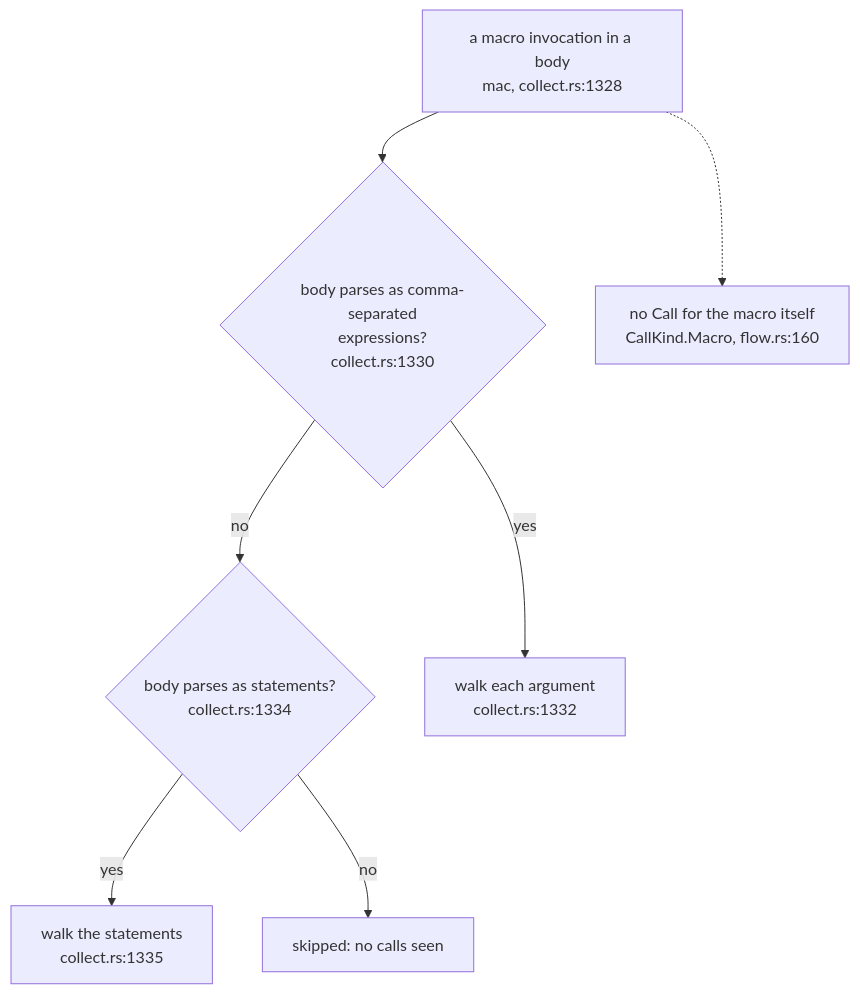
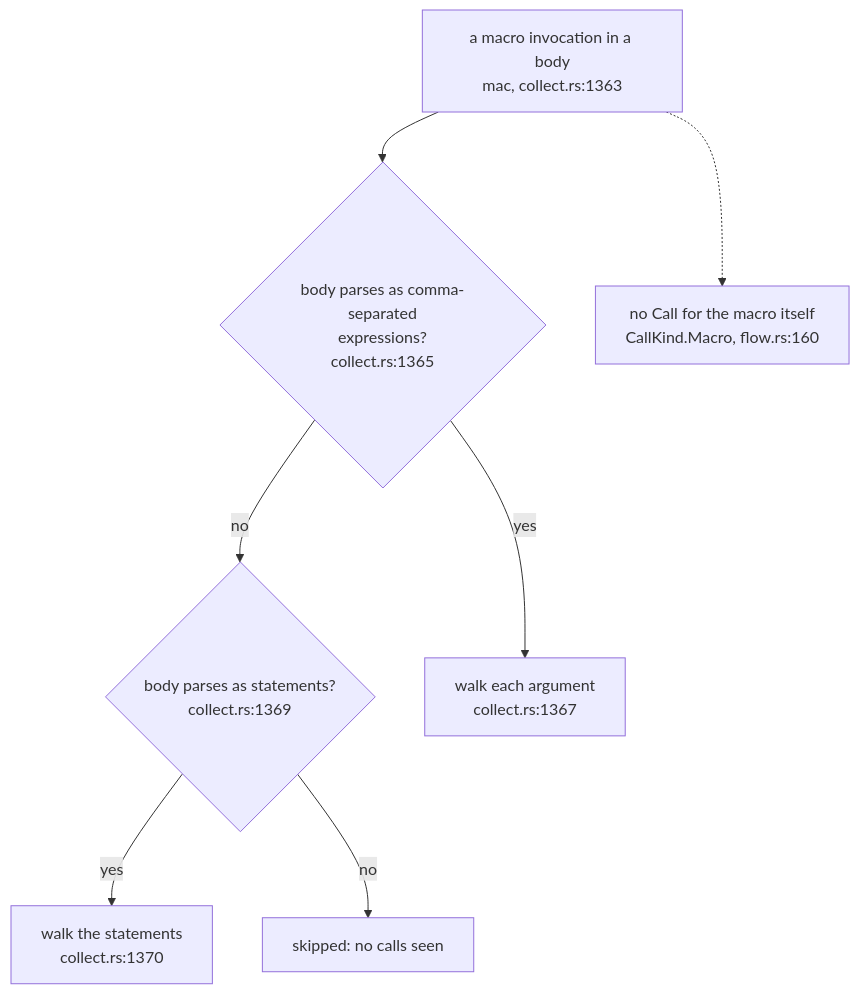
The sixth of 7 diagrams in docs/diagrams/extract/03-the-flow-walker-and-raw-ir.md (DreamLab-AI/codemaid), drawn with Mermaid before and after one commit. The commit also changed other lines of this file and 8 other files, not shown here.

First line of the commit message:
docs(diagrams): restamp the extract topics to fec7aff; record the generics fix

````diff
--- a/docs/diagrams/extract/03-the-flow-walker-and-raw-ir.md
+++ b/docs/diagrams/extract/03-the-flow-walker-and-raw-ir.md
@@ -240,16 +240,16 @@
 ```mermaid
 flowchart TB
-    M["a macro invocation in a body<br/>mac, collect.rs:1328"]
-    E{"body parses as comma-separated<br/>expressions?<br/>collect.rs:1330"}
-    B{"body parses as statements?<br/>collect.rs:1334"}
-    WA["walk each argument<br/>collect.rs:1332"]
-    WS["walk the statements<br/>collect.rs:1335"]
+    M["a macro invocation in a body<br/>mac, collect.rs:1363"]
+    E{"body parses as comma-separated<br/>expressions?<br/>collect.rs:1365"}
+    B{"body parses as statements?<br/>collect.rs:1369"}
+    WA["walk each argument<br/>collect.rs:1367"]
+    WS["walk the statements<br/>collect.rs:1370"]
     SK["skipped: no calls seen"]
     NO["no Call for the macro itself<br/>CallKind.Macro, flow.rs:160"]
     M --> E
     E -->|yes| WA
     E -->|no| B
     B -->|yes| WS
     B -->|no| SK
     M -.-> NO
 ```
````
